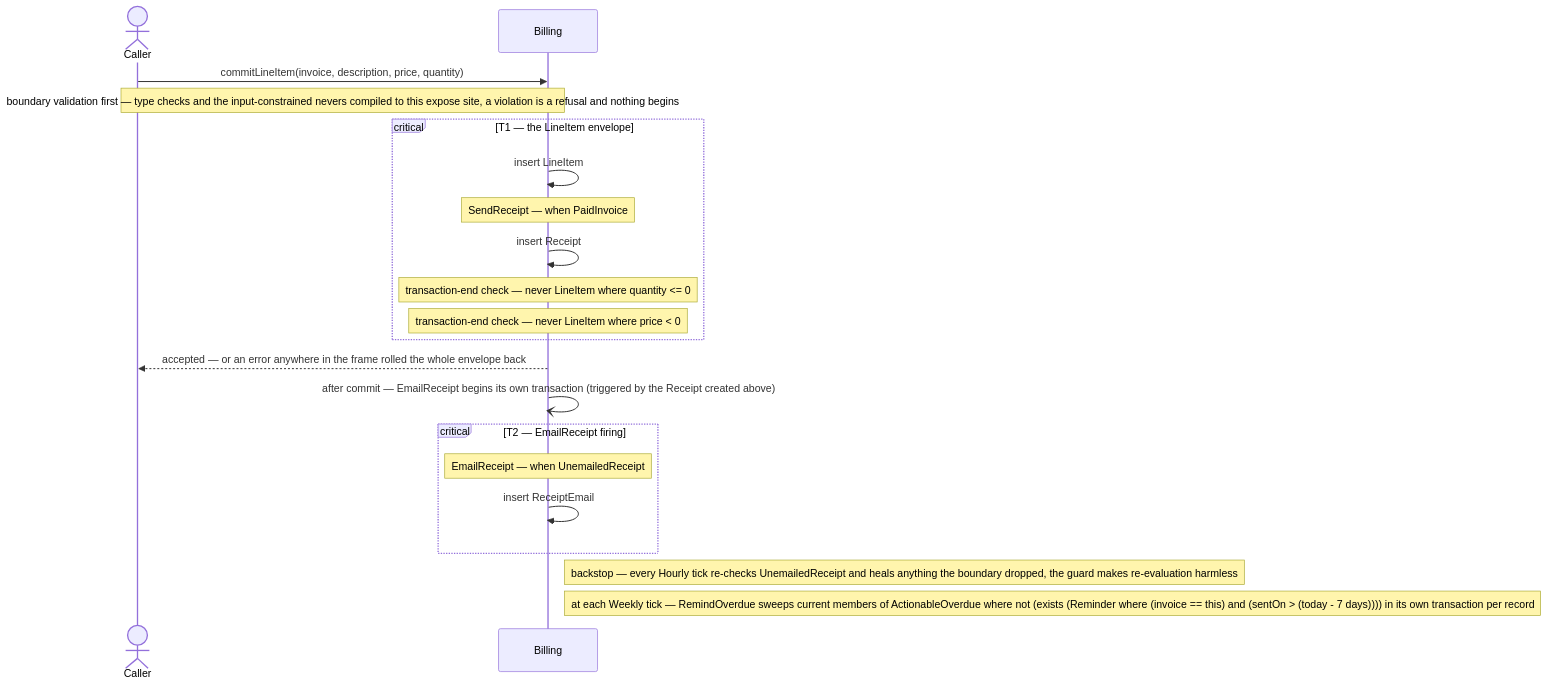
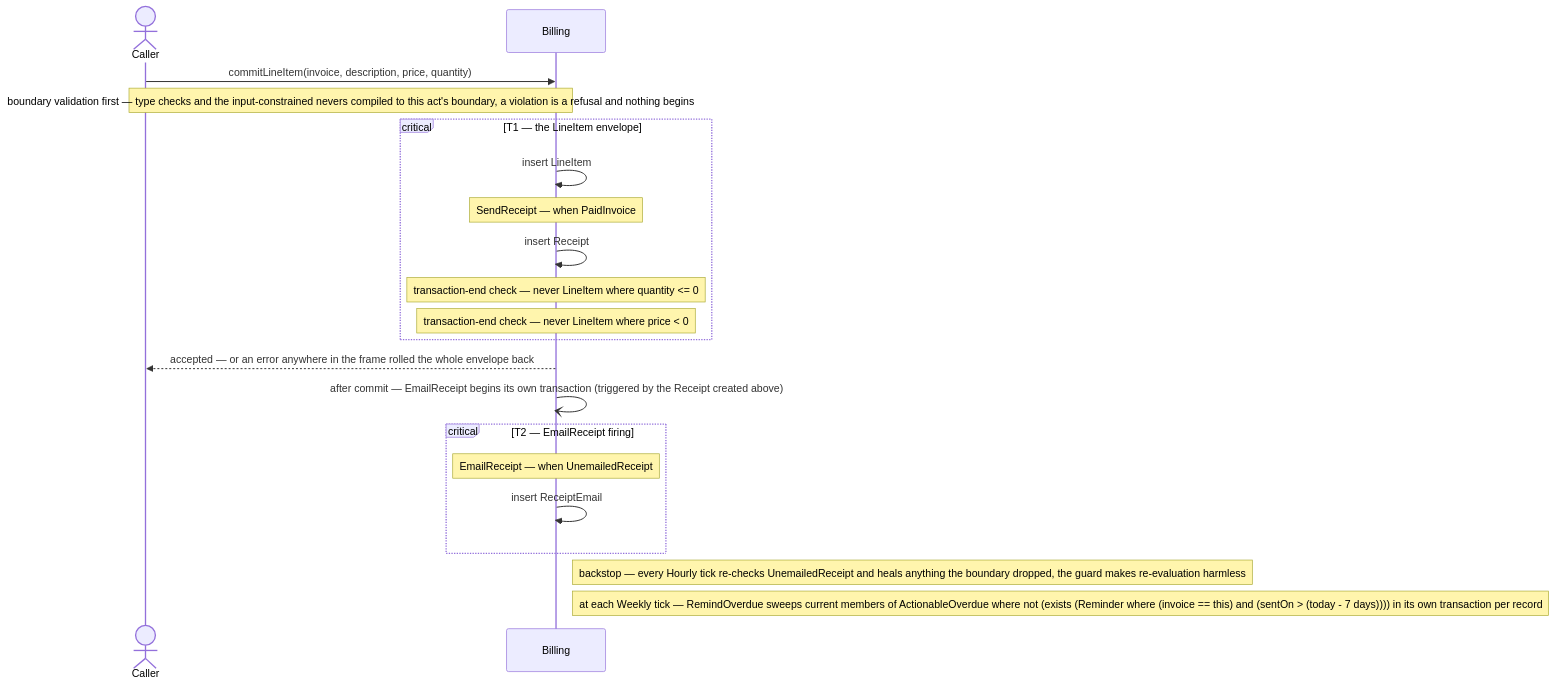
One commit to daveclay/velle changed diagram 11 of 16 in examples/billing/output/DIAGRAMS-Billing.md. Above: the diagram before and after it, drawn with Mermaid. The commit also changed other lines of this file and 79 other files, not shown here.

````diff
--- a/examples/billing/output/DIAGRAMS-Billing.md
+++ b/examples/billing/output/DIAGRAMS-Billing.md
@@ -360,22 +360,22 @@
 ```mermaid
 sequenceDiagram
     actor Caller
     participant S as Billing
     Caller->>S: commitLineItem(invoice, description, price, quantity)
-    Note over Caller,S: boundary validation first — type checks and the input-constrained nevers compiled to this expose site, a violation is a refusal and nothing begins
+    Note over Caller,S: boundary validation first — type checks and the input-constrained nevers compiled to this act's boundary, a violation is a refusal and nothing begins
     critical T1 — the LineItem envelope
         S->>S: insert LineItem
         Note over S: SendReceipt — when PaidInvoice
         S->>S: insert Receipt
         Note over S: transaction-end check — never LineItem where quantity <= 0
         Note over S: transaction-end check — never LineItem where price < 0
     end
     S-->>Caller: accepted — or an error anywhere in the frame rolled the whole envelope back
     S-)S: after commit — EmailReceipt begins its own transaction (triggered by the Receipt created above)
     critical T2 — EmailReceipt firing
         Note over S: EmailReceipt — when UnemailedReceipt
         S->>S: insert ReceiptEmail
     end
     Note right of S: backstop — every Hourly tick re-checks UnemailedReceipt and heals anything the boundary dropped, the guard makes re-evaluation harmless
     Note right of S: at each Weekly tick — RemindOverdue sweeps current members of ActionableOverdue where not (exists (Reminder where (invoice == this) and (sentOn > (today - 7 days)))) in its own transaction per record
 ```
````
